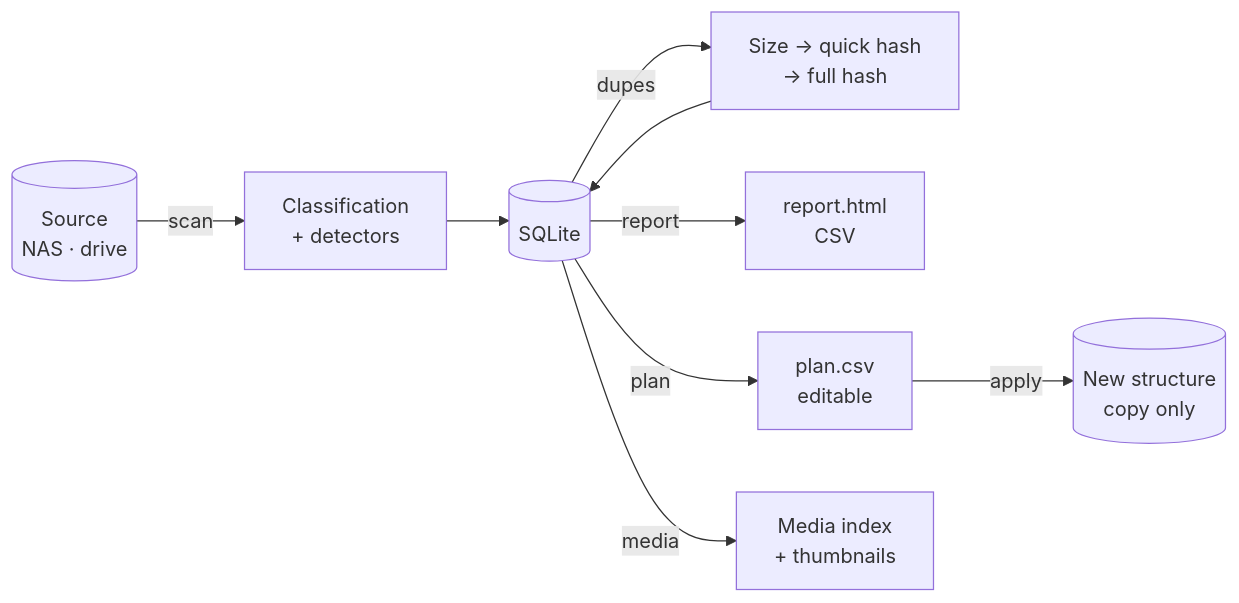
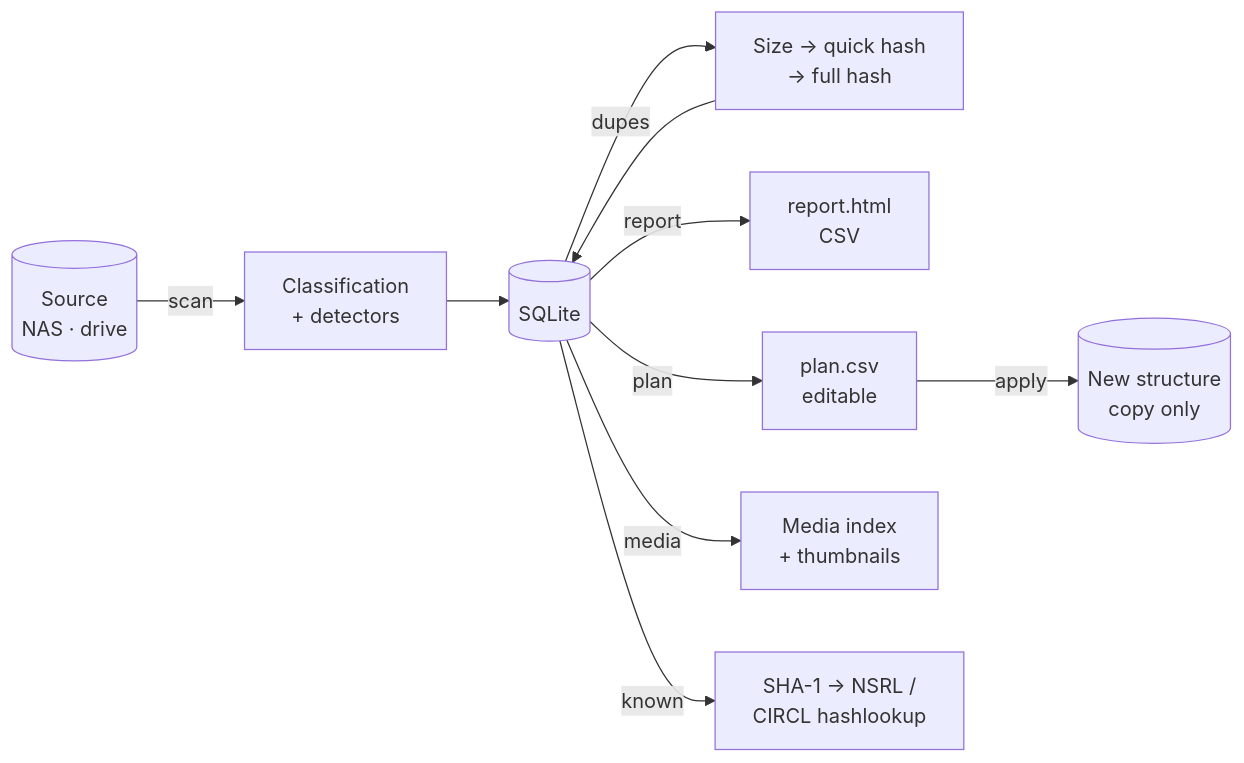
One commit to isaacagudo/archivero changed the diagram in README.md. Above: the diagram before and after it, drawn with Mermaid. The commit also changed other lines of this file and 19 other files, not shown here.

````diff
--- a/README.md
+++ b/README.md
@@ -116,11 +135,12 @@
 ```mermaid
 flowchart LR
     A[(Source<br/>NAS · drive)] -->|scan| B[Classification<br/>+ detectors]
     B --> D[(SQLite)]
     D -->|dupes| C[Size → quick hash<br/>→ full hash]
     C --> D
     D -->|report| R[report.html<br/>CSV]
     D -->|plan| P[plan.csv<br/>editable]
     D -->|media| M[Media index<br/>+ thumbnails]
+    D -->|known| K[SHA-1 → NSRL /<br/>CIRCL hashlookup]
     P -->|apply| N[(New structure<br/>copy only)]
 ```
````
